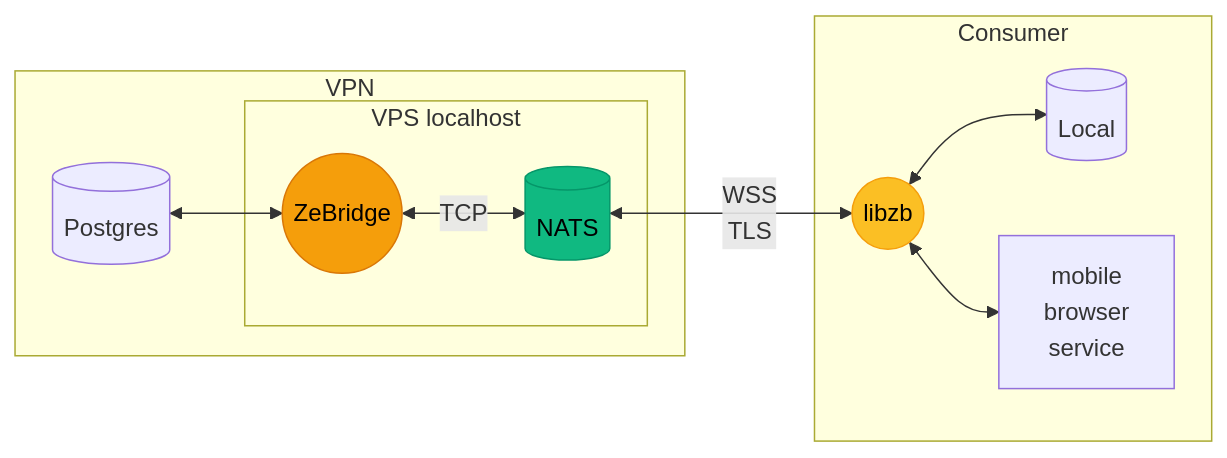
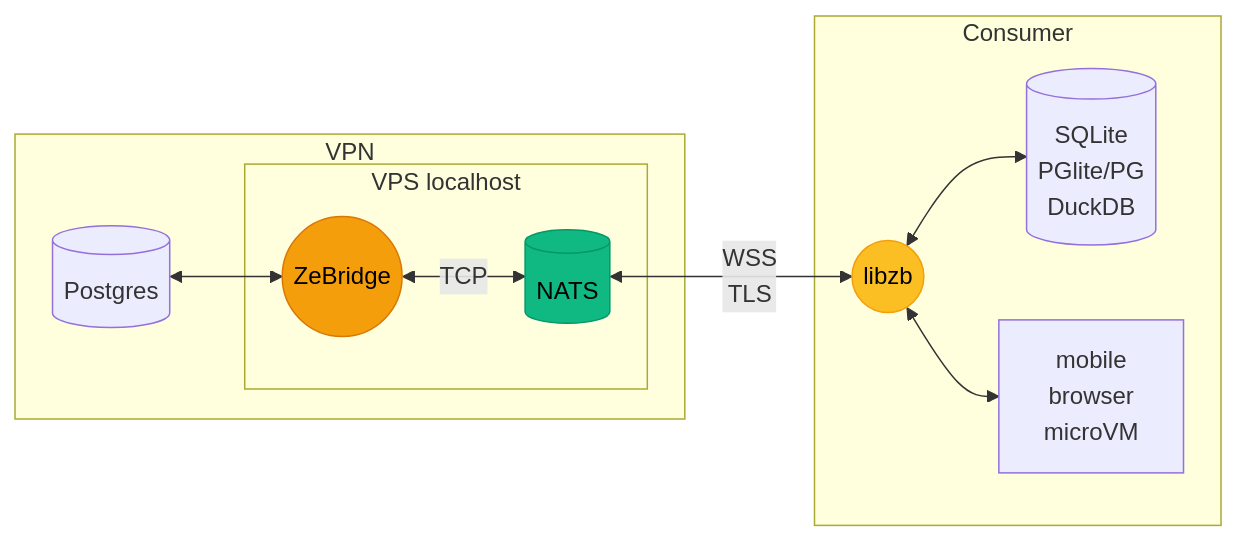
Before and after one commit to ndrean/ZeBridge: the first of 3 diagrams in README.md, drawn with Mermaid. The commit also changed other lines of this file and 57 other files, not shown here.

````diff
--- a/README.md
+++ b/README.md
@@ -11,28 +11,28 @@
 ```mermaid
 flowchart LR
      subgraph VPN["VPN"]
         PG[("Postgres")]
         subgraph Localhost ["VPS localhost"]
             Bridge(("ZeBridge"))
             NATS[("NATS")]
         end
         PG <--> Bridge
         Bridge <--> |TCP| NATS
     end
 
     NATS <--> |WSS <br> TLS| Lib
 
 
     subgraph Edge["Consumer"]
         Lib(("libzb"))
-        SQL[("Local")]
-        App["mobile<br>browser<br>service"]
+        SQL[("SQLite<br>PGlite/PG<br>DuckDB")]
+        App["mobile<br>browser<br>microVM"]
         Lib <-->SQL
         Lib <-->App
 
     end
 
     style Bridge fill:#f59e0b,stroke:#d97706,color:#000
     style Lib fill:#fbbf24,stroke:#f59e0b,color:#000
     style NATS fill:#10b981,stroke:#059669,color:#000
 ```
````
